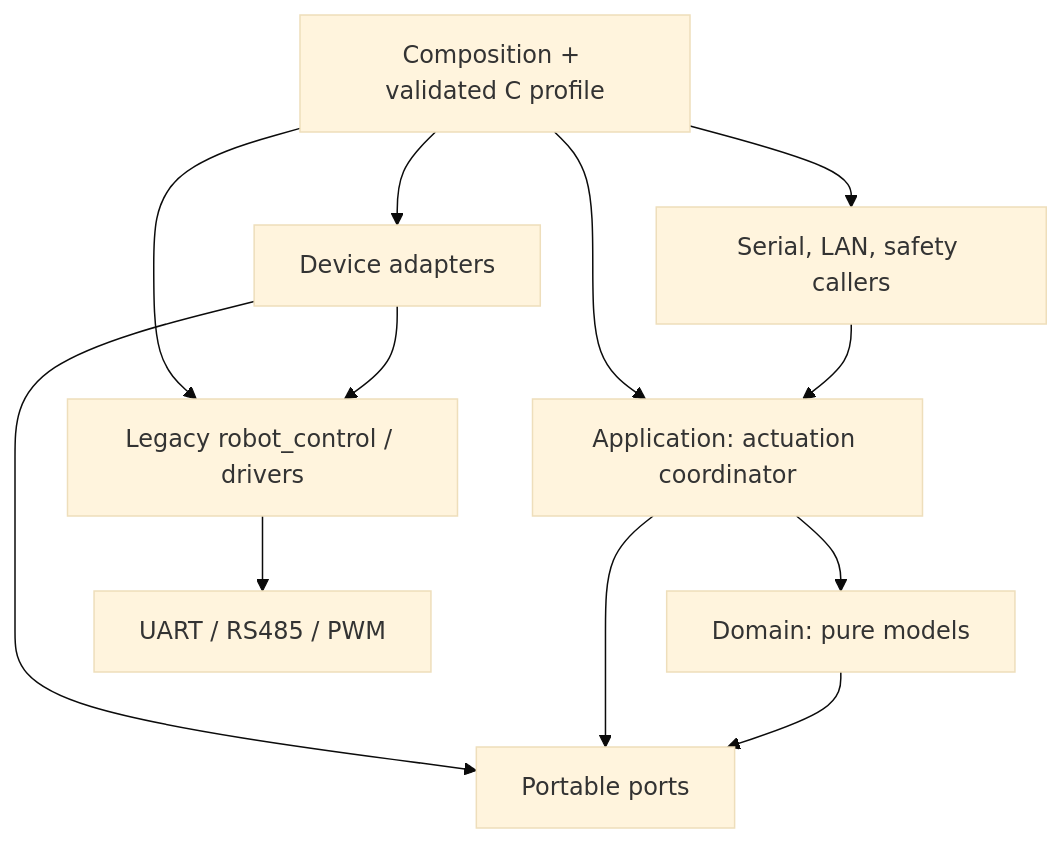
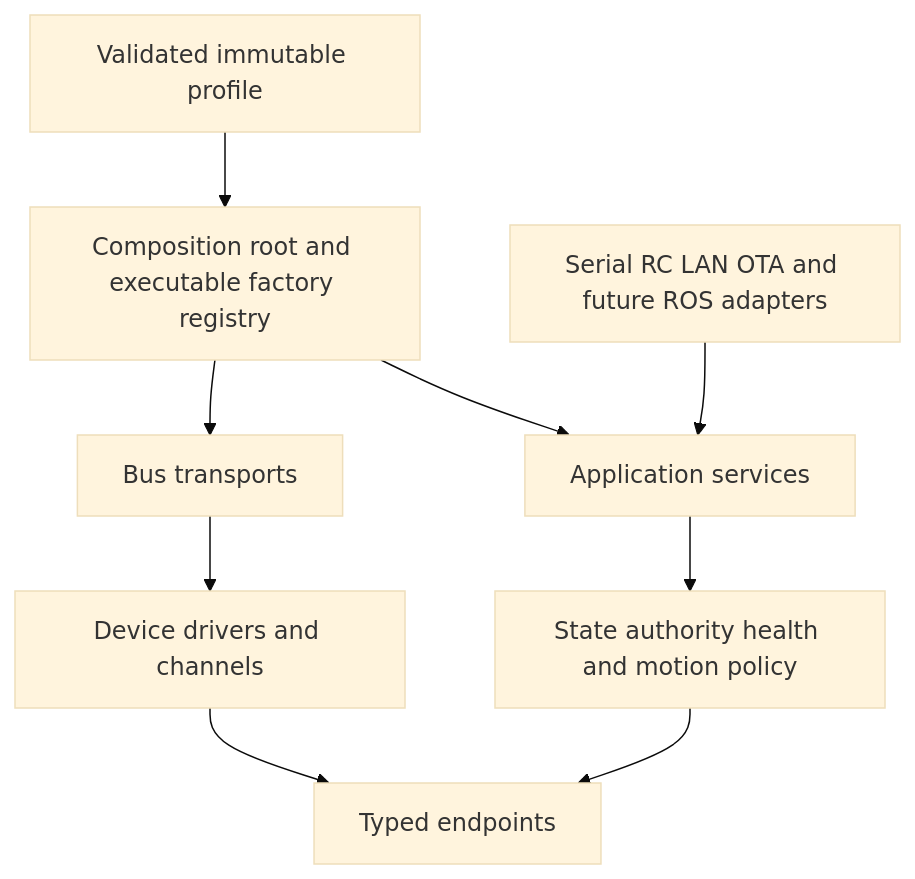
Before and after one commit to juanpmz2001/sistema-motriz-rs485: the first of 4 diagrams in docs/ARCHITECTURE_REFACTOR.md, drawn with Mermaid (base theme). The commit also changed other lines of this file and 11 other files, not shown here.

````diff
--- a/docs/ARCHITECTURE_REFACTOR.md
+++ b/docs/ARCHITECTURE_REFACTOR.md
@@ -36,14 +50,16 @@
 ```mermaid
 flowchart TD
-  DOMAIN[Domain: pure models] --> PORTS[Portable ports]
-  APP[Application: actuation coordinator] --> DOMAIN
-  APP --> PORTS
-  DEVICE[Device adapters] --> PORTS
-  DEVICE --> DRIVERS[Legacy robot_control / drivers]
-  DRIVERS --> TRANSPORTS[UART / RS485 / PWM]
-  EXTERNAL[Serial, LAN, safety callers] --> APP
-  COMPOSITION[Composition + validated C profile] --> APP
-  COMPOSITION --> DEVICE
-  COMPOSITION --> DRIVERS
-  COMPOSITION --> EXTERNAL
+  PROFILE[Validated immutable profile]
+  COMPOSE[Composition root and executable factory registry]
+  TRANSPORT[Bus transports]
+  DEVICE[Device drivers and channels]
+  ENDPOINT[Typed endpoints]
+  APP[Application services]
+  DOMAIN[State authority health and motion policy]
+  EXTERNAL[Serial RC LAN OTA and future ROS adapters]
+
+  PROFILE --> COMPOSE
+  COMPOSE --> TRANSPORT --> DEVICE --> ENDPOINT
+  COMPOSE --> APP
+  EXTERNAL --> APP --> DOMAIN --> ENDPOINT
 ```
````
